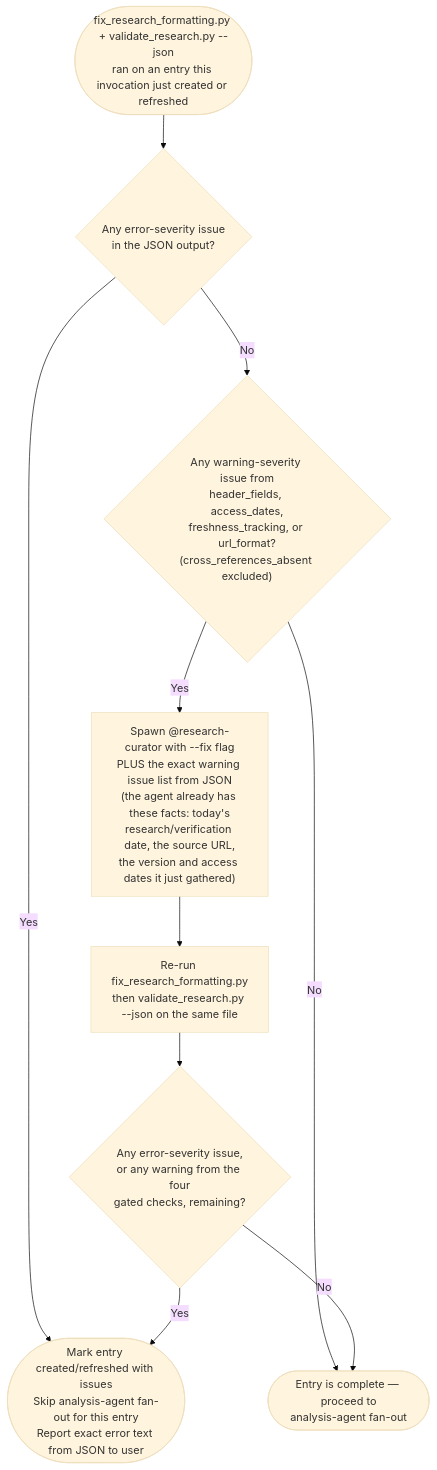
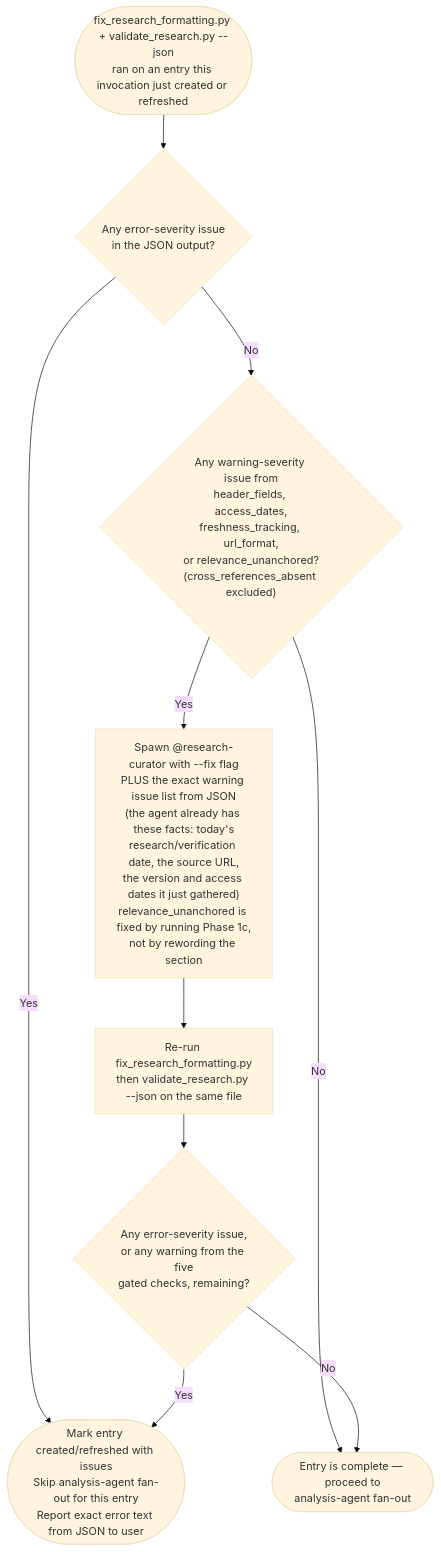
The diagram in .claude/skills/research-curator/references/validation-rules.md (Jamie-BitFlight/claude_skills), drawn with Mermaid (base theme) before and after one commit. The commit also changed other lines of this file and 2 other files, not shown here.

````diff
--- a/.claude/skills/research-curator/references/validation-rules.md
+++ b/.claude/skills/research-curator/references/validation-rules.md
@@ -36,12 +37,12 @@
 ```mermaid
 flowchart TD
     Start(["fix_research_formatting.py + validate_research.py --json<br>ran on an entry this invocation just created or refreshed"]) --> HasErr{"Any error-severity issue<br>in the JSON output?"}
     HasErr -->|"Yes"| MarkIssues(["Mark entry created/refreshed with issues<br>Skip analysis-agent fan-out for this entry<br>Report exact error text from JSON to user"])
-    HasErr -->|"No"| HasGatedWarn{"Any warning-severity issue from<br>header_fields, access_dates,<br>freshness_tracking, or url_format?<br>(cross_references_absent excluded)"}
+    HasErr -->|"No"| HasGatedWarn{"Any warning-severity issue from<br>header_fields, access_dates,<br>freshness_tracking, url_format,<br>or relevance_unanchored?<br>(cross_references_absent excluded)"}
     HasGatedWarn -->|"No"| Proceed(["Entry is complete — proceed to<br>analysis-agent fan-out"])
-    HasGatedWarn -->|"Yes"| SpawnFix["Spawn @research-curator with --fix flag<br>PLUS the exact warning issue list from JSON<br>(the agent already has these facts: today's<br>research/verification date, the source URL,<br>the version and access dates it just gathered)"]
+    HasGatedWarn -->|"Yes"| SpawnFix["Spawn @research-curator with --fix flag<br>PLUS the exact warning issue list from JSON<br>(the agent already has these facts: today's<br>research/verification date, the source URL,<br>the version and access dates it just gathered)<br>relevance_unanchored is fixed by running Phase 1c,<br>not by rewording the section"]
     SpawnFix --> Rerun["Re-run fix_research_formatting.py<br>then validate_research.py --json on the same file"]
-    Rerun --> HasErr2{"Any error-severity issue,<br>or any warning from the four<br>gated checks, remaining?"}
+    Rerun --> HasErr2{"Any error-severity issue,<br>or any warning from the five<br>gated checks, remaining?"}
     HasErr2 -->|"Yes"| MarkIssues
     HasErr2 -->|"No"| Proceed
 ```
````
